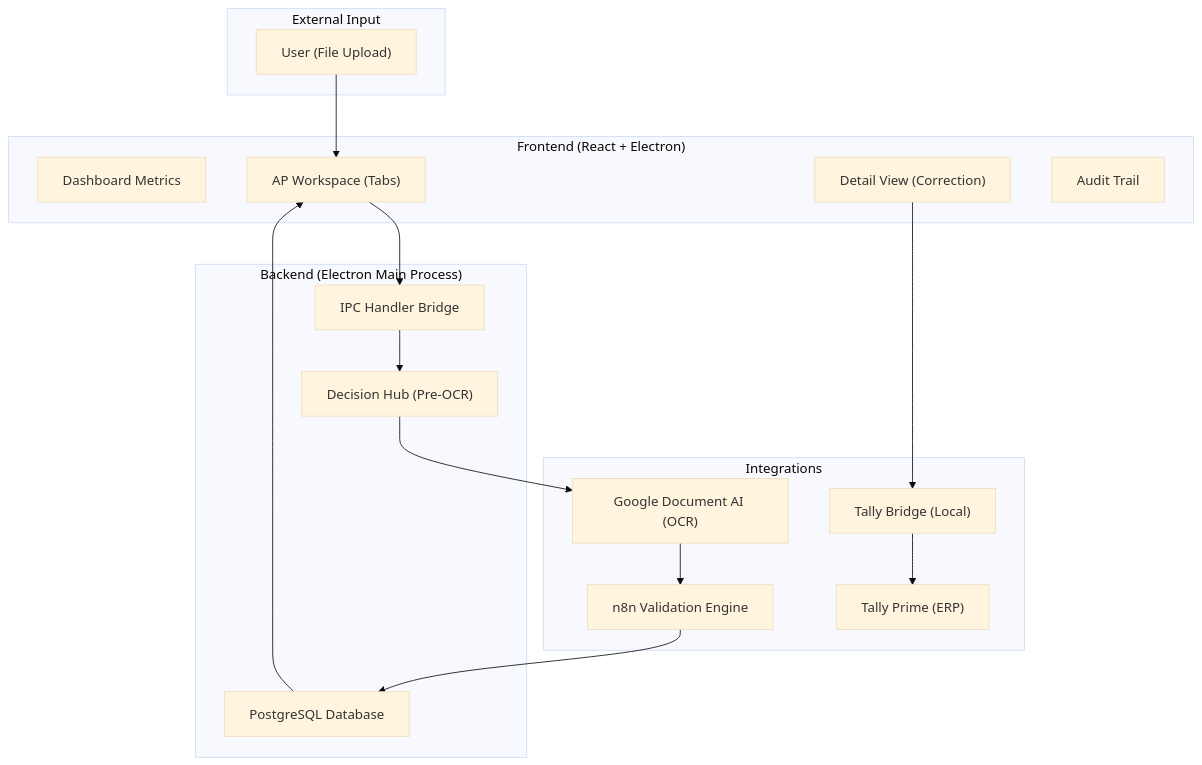
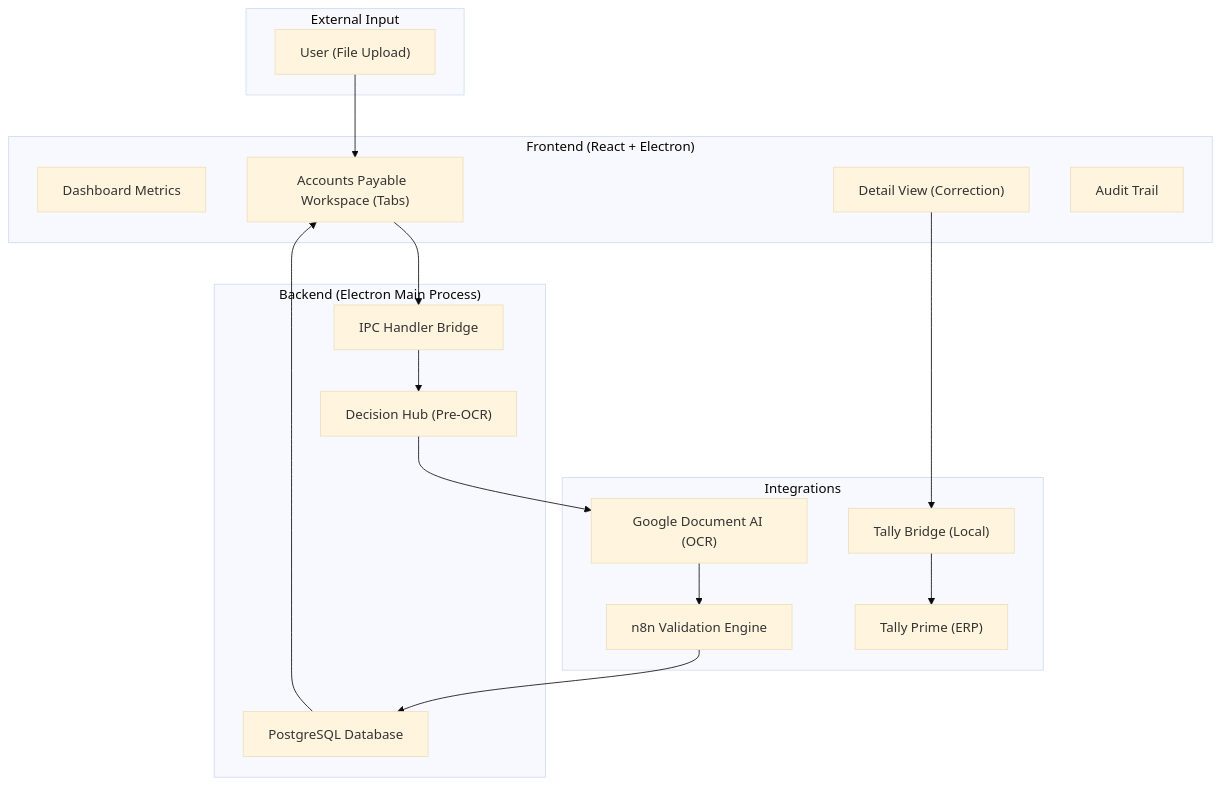
The first of 3 diagrams in Agent_Fin_IQ/docs/audit/fin_iq_audit_report.md (Wheelson-Agent/Fin-IQ), drawn with Mermaid (base theme) before and after one commit. The commit also changed other lines of this file and 30 other files, not shown here.

````diff
--- a/Agent_Fin_IQ/docs/audit/fin_iq_audit_report.md
+++ b/Agent_Fin_IQ/docs/audit/fin_iq_audit_report.md
@@ -20,36 +20,36 @@
 ```mermaid
 graph TD
     subgraph "External Input"
         U["User (File Upload)"]
     end
 
     subgraph "Frontend (React + Electron)"
         Dashboard["Dashboard Metrics"]
-        APW["AP Workspace (Tabs)"]
+        APW["Accounts Payable  Workspace (Tabs)"]
         DV["Detail View (Correction)"]
         AT["Audit Trail"]
     end
 
     subgraph "Backend (Electron Main Process)"
         IPC["IPC Handler Bridge"]
         Pipe["Decision Hub (Pre-OCR)"]
         DB["PostgreSQL Database"]
     end
 
     subgraph "Integrations"
         DocAI["Google Document AI (OCR)"]
         N8N["n8n Validation Engine"]
         Bridge["Tally Bridge (Local)"]
         Tally["Tally Prime (ERP)"]
     end
 
     U --> APW
     APW --> IPC
     IPC --> Pipe
     Pipe --> DocAI
     DocAI --> N8N
     N8N --> DB
     DB --> APW
     DV --> Bridge
     Bridge --> Tally
 ```
````
